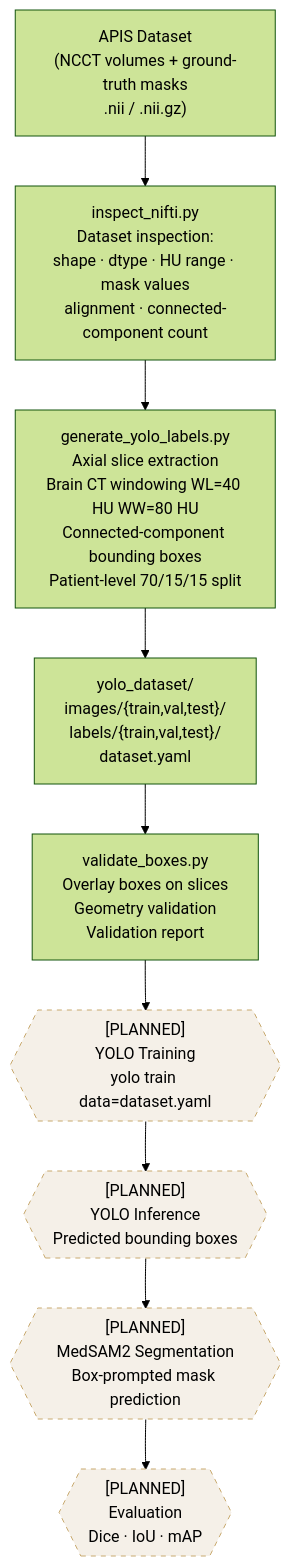
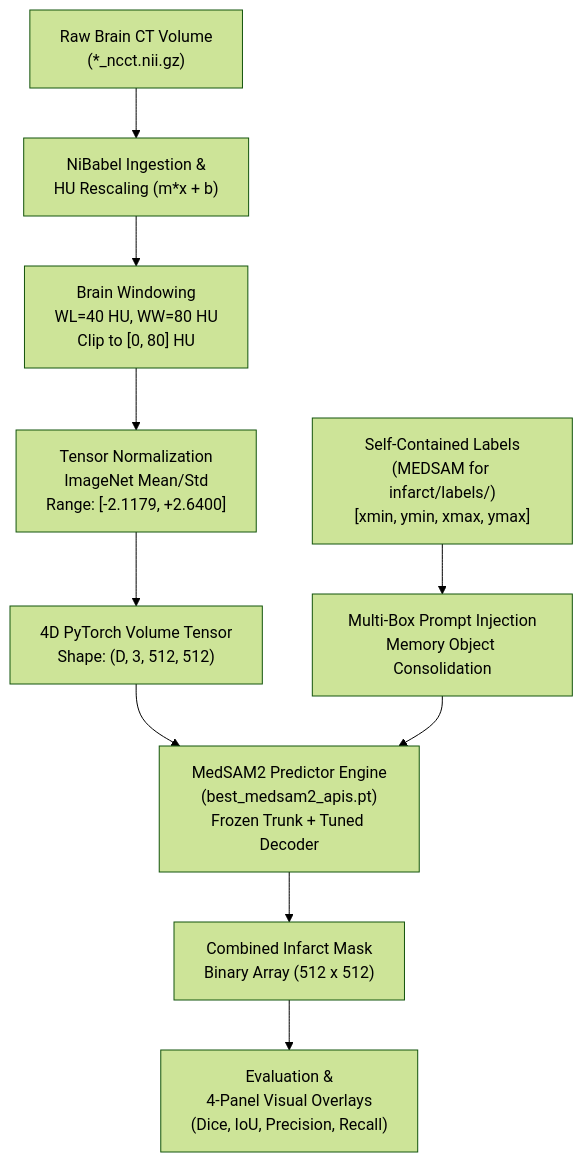
One commit to itsaeeb/Infarct-Detection-using-MedSAM2 changed the diagram in README.md. Above: the diagram before and after it, drawn with Mermaid (forest theme). The commit also changed other lines of this file and 1485 other files, not shown here.

````diff
--- a/README.md
+++ b/README.md
@@ -45,26 +51,15 @@
 ```mermaid
 flowchart TD
-    A["APIS Dataset\n(NCCT volumes + ground-truth masks\n.nii / .nii.gz)"]
-    B["inspect_nifti.py\nDataset inspection:\nshape · dtype · HU range · mask values\nalignment · connected-component count"]
-    C["generate_yolo_labels.py\nAxial slice extraction\nBrain CT windowing WL=40 HU WW=80 HU\nConnected-component bounding boxes\nPatient-level 70/15/15 split"]
-    D["yolo_dataset/\nimages/{train,val,test}/\nlabels/{train,val,test}/\ndataset.yaml"]
-    E["validate_boxes.py\nOverlay boxes on slices\nGeometry validation\nValidation report"]
-    F{{"[PLANNED]\nYOLO Training\nyolo train data=dataset.yaml"}}
-    G{{"[PLANNED]\nYOLO Inference\nPredicted bounding boxes"}}
-    H{{"[PLANNED]\nMedSAM2 Segmentation\nBox-prompted mask prediction"}}
-    I{{"[PLANNED]\nEvaluation\nDice · IoU · mAP"}}
-
-    A --> B
-    B --> C
-    C --> D
-    D --> E
-    E --> F
-    F --> G
+    A["Raw Brain CT Volume\n(*_ncct.nii.gz)"] --> B["NiBabel Ingestion &\nHU Rescaling (m*x + b)"]
+    B --> C["Brain Windowing\nWL=40 HU, WW=80 HU\nClip to [0, 80] HU"]
+    C --> D["Tensor Normalization\nImageNet Mean/Std\nRange: [-2.1179, +2.6400]"]
+    D --> E["4D PyTorch Volume Tensor\nShape: (D, 3, 512, 512)"]
+    
+    F["Self-Contained Labels\n(MEDSAM for infarct/labels/)\n[xmin, ymin, xmax, ymax]"] --> G["Multi-Box Prompt Injection\nMemory Object Consolidation"]
+    
+    E --> H["MedSAM2 Predictor Engine\n(best_medsam2_apis.pt)\nFrozen Trunk + Tuned Decoder"]
     G --> H
-    H --> I
-
-    style F fill:#f5f0e8,stroke:#c8a96e,stroke-dasharray:5 5
-    style G fill:#f5f0e8,stroke:#c8a96e,stroke-dasharray:5 5
-    style H fill:#f5f0e8,stroke:#c8a96e,stroke-dasharray:5 5
-    style I fill:#f5f0e8,stroke:#c8a96e,stroke-dasharray:5 5
+    
+    H --> I["Combined Infarct Mask\nBinary Array (512 x 512)"]
+    I --> J["Evaluation &\n4-Panel Visual Overlays\n(Dice, IoU, Precision, Recall)"]
 ```
````
